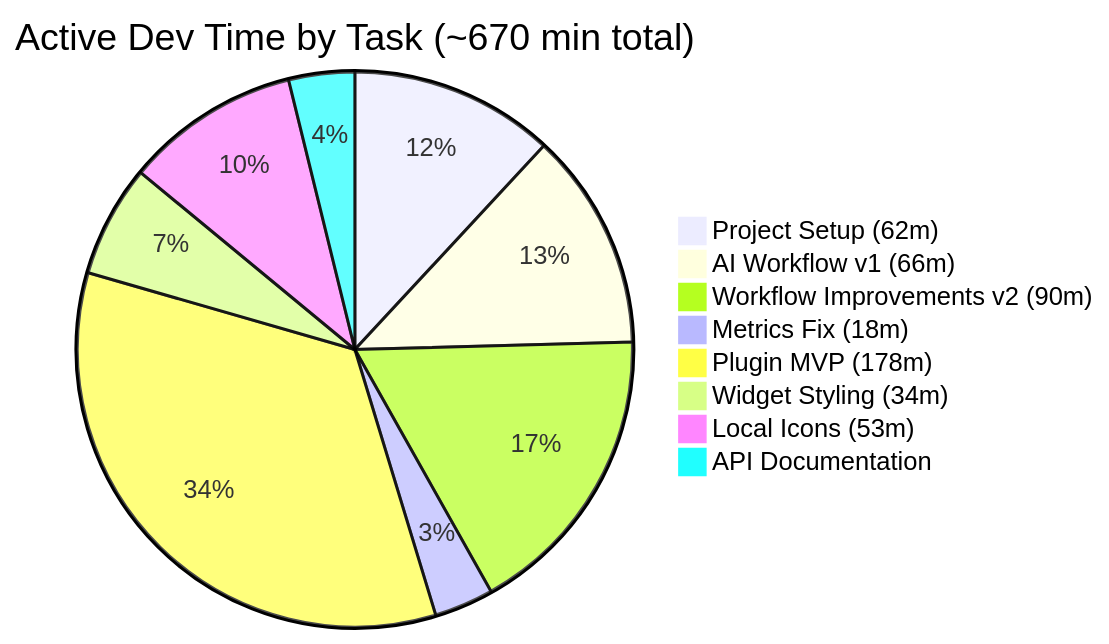
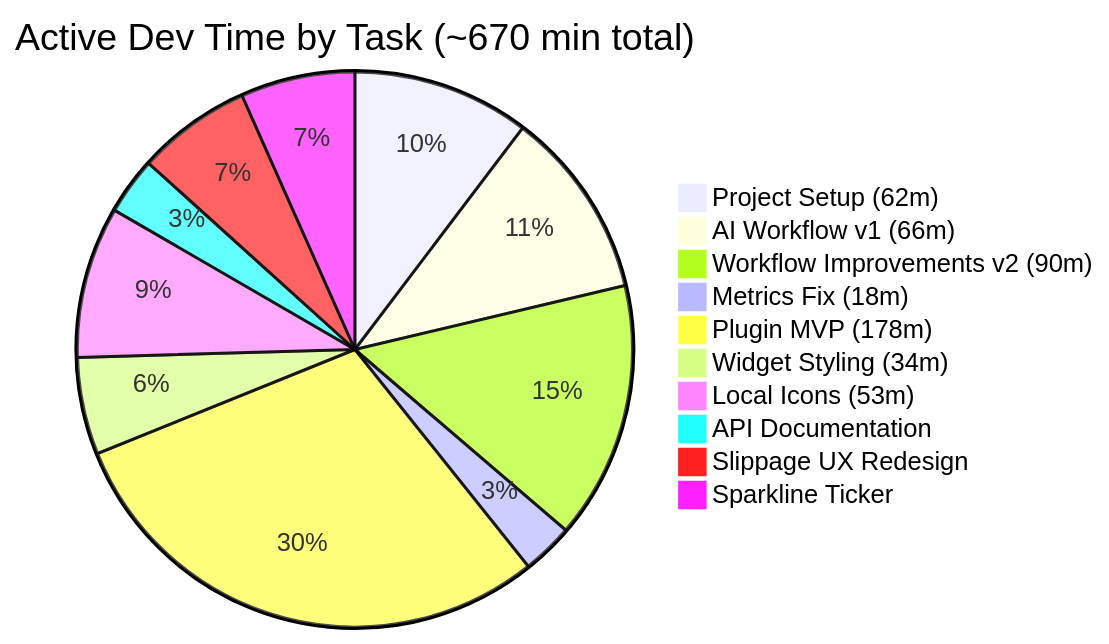
The first of 7 diagrams in README.md (atlantdak/claude-code-hackathon-xbo-market-kit), drawn with Mermaid before and after one commit. The commit also changed other lines of this file and 3 other files, not shown here.

````diff
--- a/README.md
+++ b/README.md
@@ -58,11 +58,13 @@
 ```mermaid
 pie title Active Dev Time by Task (~670 min total)
     "Project Setup (62m)" : 62
     "AI Workflow v1 (66m)" : 66
     "Workflow Improvements v2 (90m)" : 90
     "Metrics Fix (18m)" : 18
     "Plugin MVP (178m)" : 178
     "Widget Styling (34m)" : 34
     "Local Icons (53m)" : 53
     "API Documentation" : 20
+    "Slippage UX Redesign" : 40
+    "Sparkline Ticker" : 40
 ```
````
